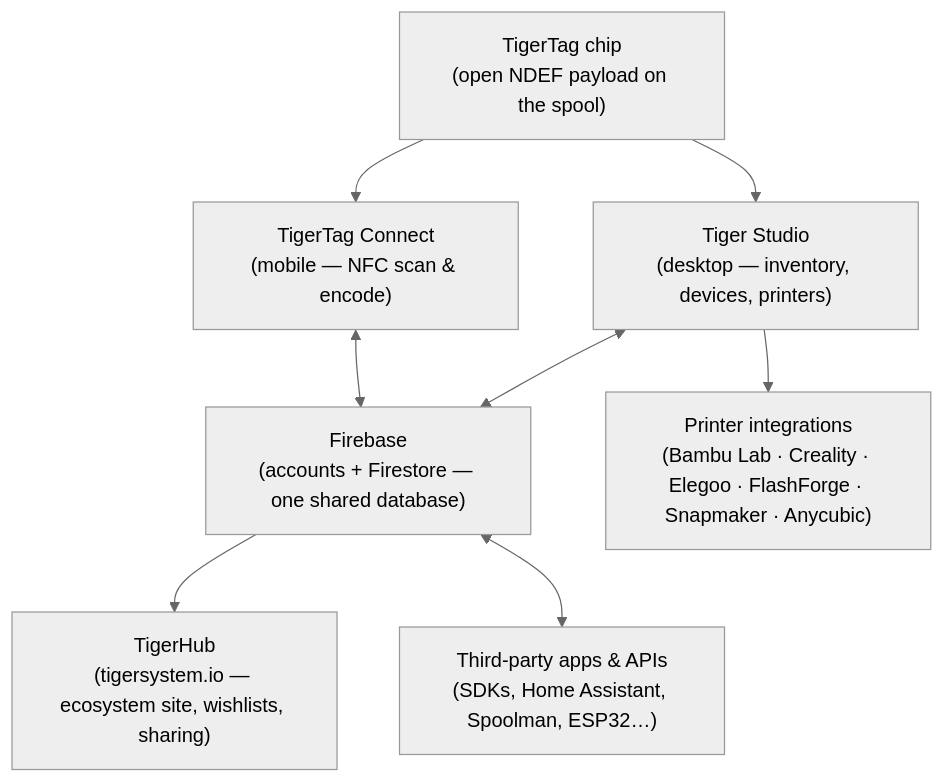
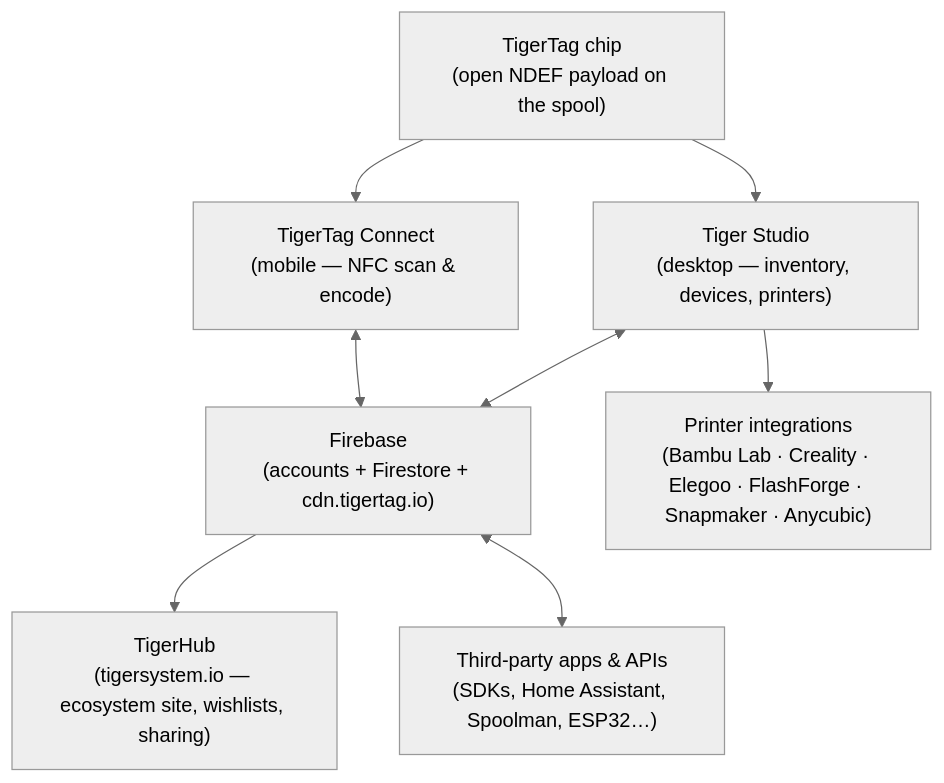
Before and after one commit to TigerTag-Project/TigerSystem-Docs: the first of 2 diagrams in docs/architecture/overview.md, drawn with Mermaid (neutral theme). The commit also changed 4 other files, not shown here.

Commit message:
Clarify cdn.tigertag.io: same Firebase project — reference data, TigerTag+ spool images, database endpoints

````diff
--- a/docs/architecture/overview.md
+++ b/docs/architecture/overview.md
@@ -5,18 +5,18 @@
 ```mermaid
 flowchart TB
     TAG["TigerTag chip<br/>(open NDEF payload on the spool)"]
     CONNECT["TigerTag Connect<br/>(mobile — NFC scan & encode)"]
-    CLOUD["Firebase<br/>(accounts + Firestore — one shared database)"]
+    CLOUD["Firebase<br/>(accounts + Firestore + cdn.tigertag.io)"]
     STUDIO["Tiger Studio<br/>(desktop — inventory, devices, printers)"]
     PRINTERS["Printer integrations<br/>(Bambu Lab · Creality · Elegoo · FlashForge · Snapmaker · Anycubic)"]
     THIRD["Third-party apps & APIs<br/>(SDKs, Home Assistant, Spoolman, ESP32…)"]
     WEB["TigerHub<br/>(tigersystem.io — ecosystem site, wishlists, sharing)"]
 
     TAG --> CONNECT
     TAG --> STUDIO
     CONNECT <--> CLOUD
     STUDIO <--> CLOUD
     STUDIO --> PRINTERS
     CLOUD --> WEB
     CLOUD <--> THIRD
 ```
````
